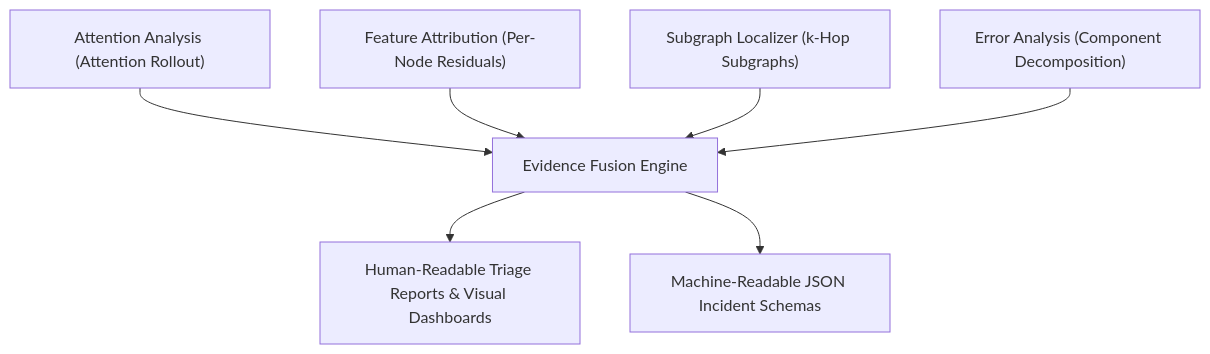
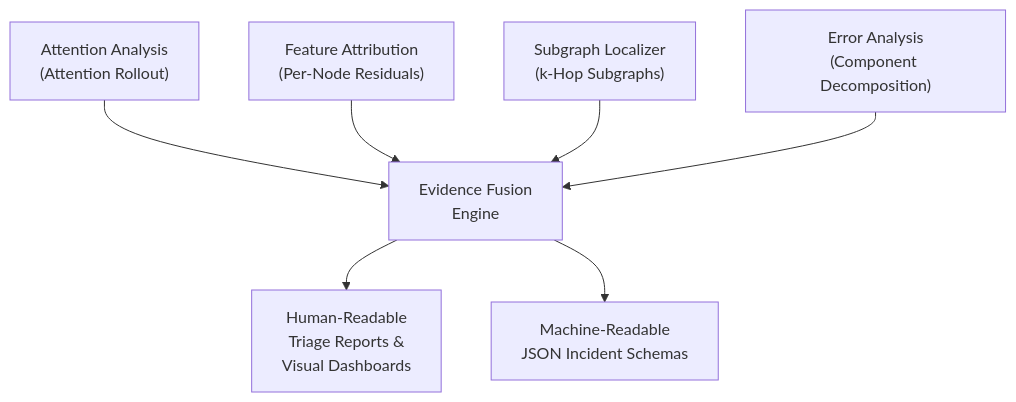
The sixth of 7 diagrams in README.md (Etrlnx/Vaahan), drawn with Mermaid before and after one commit. The commit also changed other lines of this file, not shown here.

Commit message:
docs(readme): wrap long mermaid labels and tidy problem statement and section headings

````diff
--- a/README.md
+++ b/README.md
@@ -352,11 +350,11 @@
 ```mermaid
 flowchart TD
 
-A["Attention Analysis (Attention Rollout)"] --> E["Evidence Fusion Engine"]
-B["Feature Attribution (Per-Node Residuals)"] --> E
-C["Subgraph Localizer (k-Hop Subgraphs)"] --> E
-D["Error Analysis (Component Decomposition)"] --> E
+A["Attention Analysis<br/>(Attention Rollout)"] --> E["Evidence Fusion<br/>Engine"]
+B["Feature Attribution<br/>(Per-Node Residuals)"] --> E
+C["Subgraph Localizer<br/>(k-Hop Subgraphs)"] --> E
+D["Error Analysis<br/>(Component Decomposition)"] --> E
 
-E --> F["Human-Readable Triage Reports & Visual Dashboards"]
-E --> G["Machine-Readable JSON Incident Schemas"]
+E --> F["Human-Readable<br/>Triage Reports &<br/>Visual Dashboards"]
+E --> G["Machine-Readable<br/>JSON Incident Schemas"]
 ```
````
